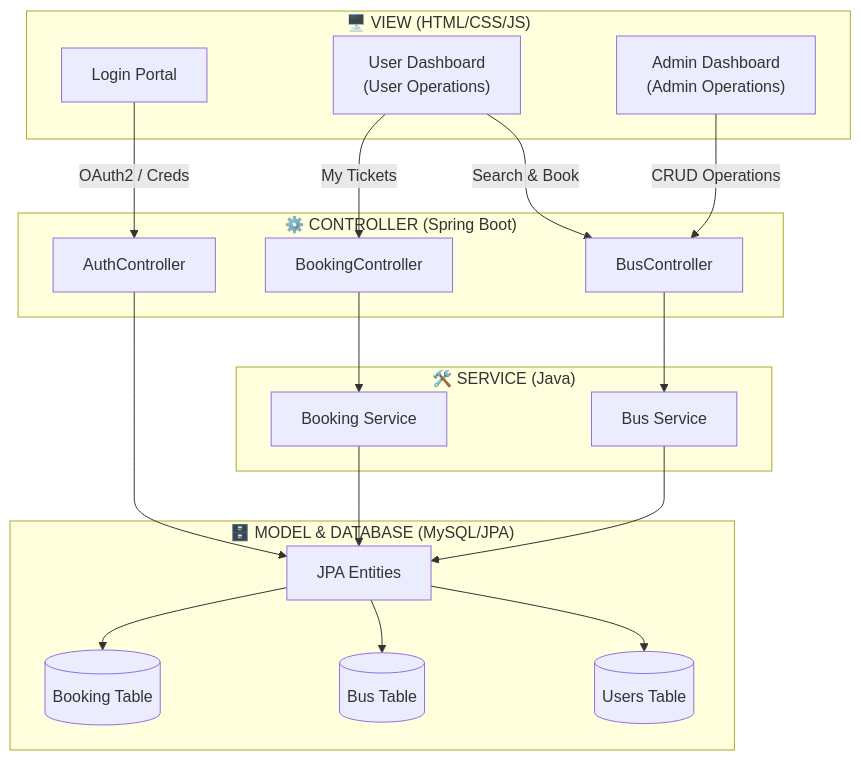
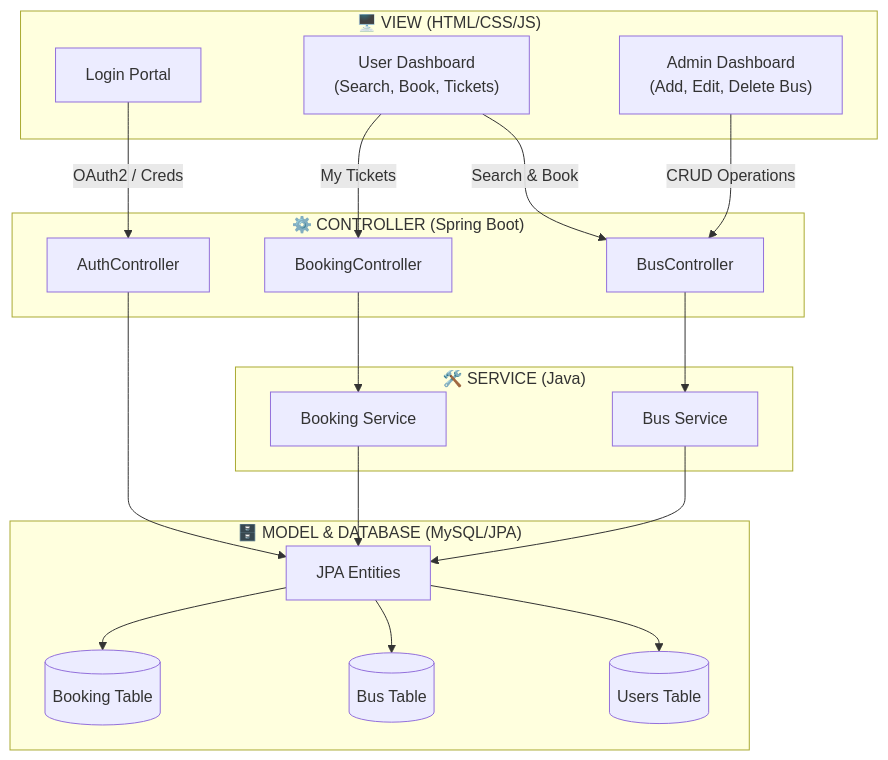
Before and after one commit to Gokulraj-N80/Bus-Booking-System: the diagram in README.md, drawn with Mermaid.

Commit message:
Detail specific User and Admin operations in diagram

````diff
--- a/README.md
+++ b/README.md
@@ -82,47 +82,47 @@
 ```mermaid
 graph TD
     %% Frontend / View Layer
     subgraph View ["🖥️ VIEW (HTML/CSS/JS)"]
         UI_Home[Login Portal]
-        UI_User["User Dashboard<br/>(User Operations)"]
-        UI_Admin["Admin Dashboard<br/>(Admin Operations)"]
+        UI_User["User Dashboard<br/>(Search, Book, Tickets)"]
+        UI_Admin["Admin Dashboard<br/>(Add, Edit, Delete Bus)"]
     end
 
     %% Controller Layer
     subgraph Controllers ["⚙️ CONTROLLER (Spring Boot)"]
         Ctrl_Auth[AuthController]
         Ctrl_Bus[BusController]
         Ctrl_Booking[BookingController]
     end
 
     %% Service Layer
     subgraph Services ["🛠️ SERVICE (Java)"]
         Svc_Bus[Bus Service]
         Svc_Book[Booking Service]
     end
 
     %% Model and Database Layer
     subgraph ModelDatabase ["🗄️ MODEL & DATABASE (MySQL/JPA)"]
         Entity[JPA Entities]
         DB_Users[(Users Table)]
         DB_Bus[(Bus Table)]
         DB_Booking[(Booking Table)]
     end
 
     %% Connections
     UI_Home -->|OAuth2 / Creds| Ctrl_Auth
     UI_User -->|Search & Book| Ctrl_Bus
     UI_User -->|My Tickets| Ctrl_Booking
     UI_Admin -->|CRUD Operations| Ctrl_Bus
 
     Ctrl_Auth --> Entity
     Ctrl_Bus --> Svc_Bus
     Ctrl_Booking --> Svc_Book
 
     Svc_Bus --> Entity
     Svc_Book --> Entity
 
     Entity --> DB_Users
     Entity --> DB_Bus
     Entity --> DB_Booking
 ```
````
